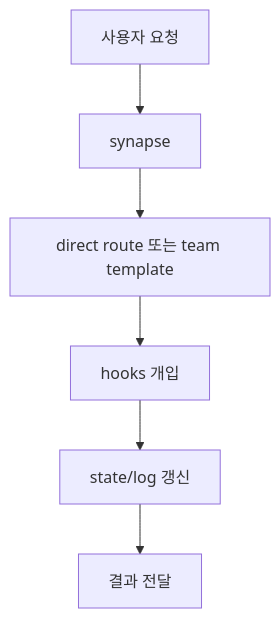
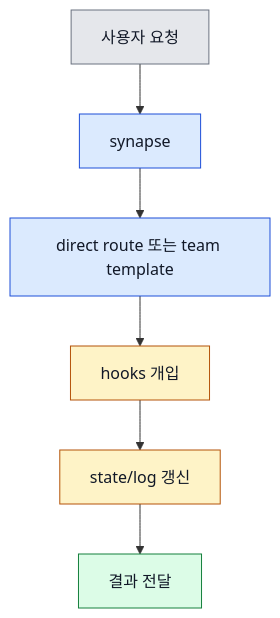
The first of 3 diagrams in docs/07-운영-흐름-및-배포.md (Jimmy-Jung/ai-symbiote), drawn with Mermaid before and after one commit. The commit also changed other lines of this file and 10 other files, not shown here.

Commit message:
docs(mermaid): 다이어그램 대비 색상 개선

````diff
--- a/docs/07-운영-흐름-및-배포.md
+++ b/docs/07-운영-흐름-및-배포.md
@@ -8,8 +8,15 @@
 ```mermaid
 flowchart TD
     A["사용자 요청"] --> B["synapse"]
     B --> C["direct route 또는 team template"]
     C --> D["hooks 개입"]
     D --> E["state/log 갱신"]
     E --> F["결과 전달"]
+
+    style A fill:#e5e7eb,stroke:#6b7280,color:#111827
+    style B fill:#dbeafe,stroke:#1d4ed8,color:#111827
+    style C fill:#dbeafe,stroke:#1d4ed8,color:#111827
+    style D fill:#fef3c7,stroke:#b45309,color:#111827
+    style E fill:#fef3c7,stroke:#b45309,color:#111827
+    style F fill:#dcfce7,stroke:#15803d,color:#111827
 ```
````
